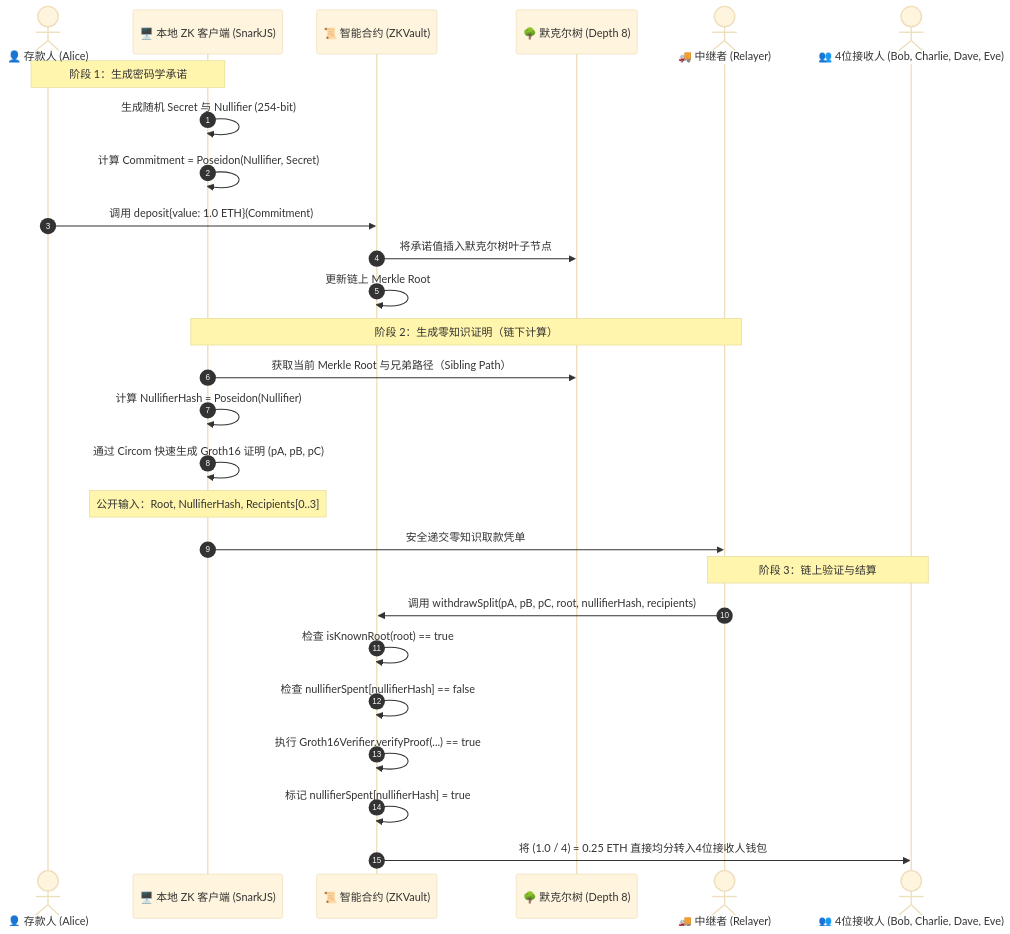
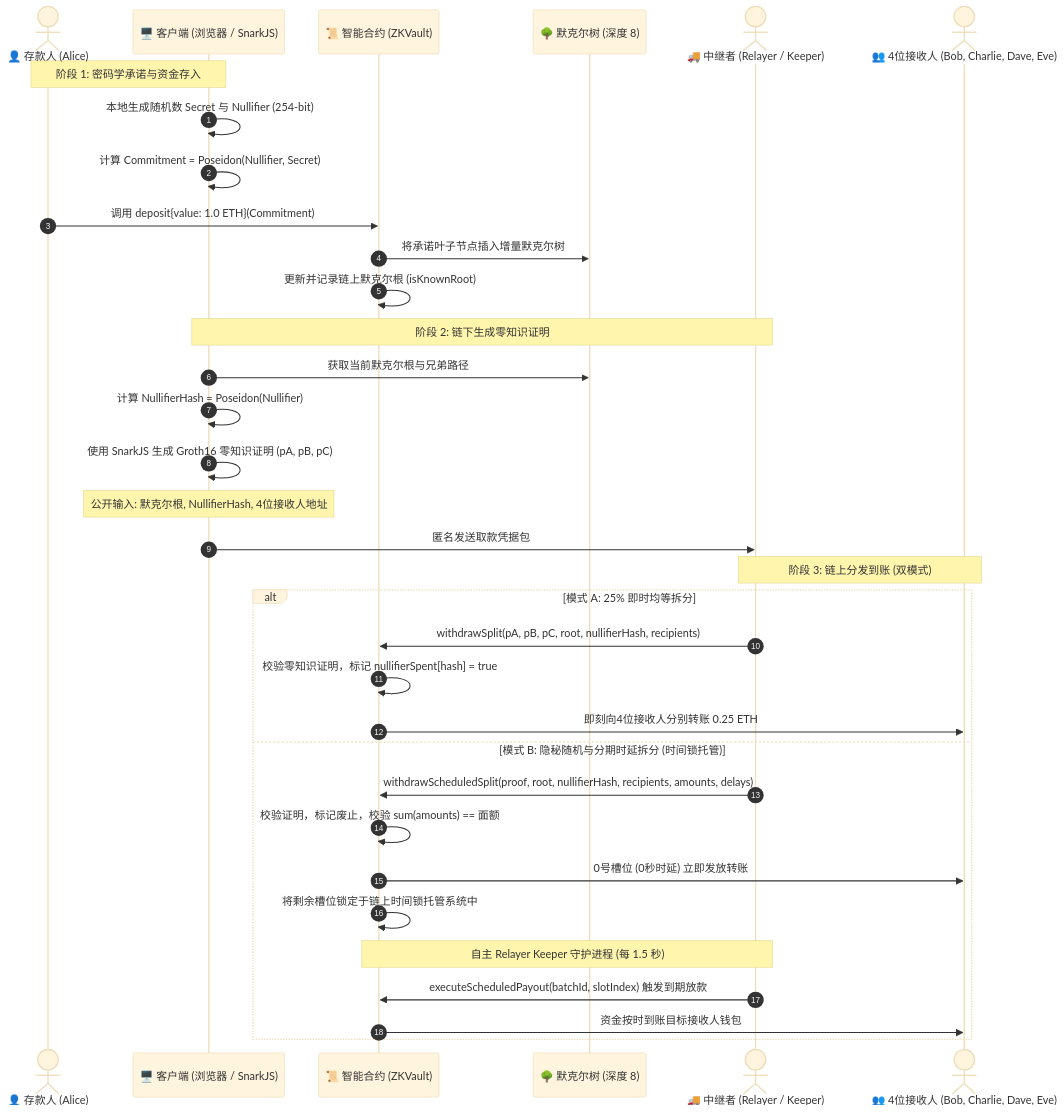
Before and after one commit to IlhamEl777/zk-vault-splitter: the diagram in docs/README_zh.md, drawn with Mermaid (base theme). The commit also changed other lines of this file and 16 other files, not shown here.

````diff
--- a/docs/README_zh.md
+++ b/docs/README_zh.md
@@ -79,32 +98,39 @@
 ```mermaid
 sequenceDiagram
     autonumber
     actor Alice as 👤 存款人 (Alice)
-    participant Client as 🖥️ 本地 ZK 客户端 (SnarkJS)
+    participant Client as 🖥️ 客户端 (浏览器 / SnarkJS)
     participant Vault as 📜 智能合约 (ZKVault)
-    participant Tree as 🌳 默克尔树 (Depth 8)
-    actor Relayer as 🚚 中继者 (Relayer)
+    participant Tree as 🌳 默克尔树 (深度 8)
+    actor Relayer as 🚚 中继者 (Relayer / Keeper)
     actor Recipients as 👥 4位接收人 (Bob, Charlie, Dave, Eve)
 
-    Note over Alice,Client: 阶段 1：生成密码学承诺
-    Client->>Client: 生成随机 Secret 与 Nullifier (254-bit)
+    Note over Alice,Client: 阶段 1: 密码学承诺与资金存入
+    Client->>Client: 本地生成随机数 Secret 与 Nullifier (254-bit)
     Client->>Client: 计算 Commitment = Poseidon(Nullifier, Secret)
     Alice->>Vault: 调用 deposit{value: 1.0 ETH}(Commitment)
-    Vault->>Tree: 将承诺值插入默克尔树叶子节点
-    Vault->>Vault: 更新链上 Merkle Root
+    Vault->>Tree: 将承诺叶子节点插入增量默克尔树
+    Vault->>Vault: 更新并记录链上默克尔根 (isKnownRoot)
 
-    Note over Client,Relayer: 阶段 2：生成零知识证明（链下计算）
-    Client->>Tree: 获取当前 Merkle Root 与兄弟路径（Sibling Path）
+    Note over Client,Relayer: 阶段 2: 链下生成零知识证明
+    Client->>Tree: 获取当前默克尔根与兄弟路径
     Client->>Client: 计算 NullifierHash = Poseidon(Nullifier)
-    Client->>Client: 通过 Circom 快速生成 Groth16 证明 (pA, pB, pC)
-    Note over Client: 公开输入：Root, NullifierHash, Recipients[0..3]
-    Client->>Relayer: 安全递交零知识取款凭单
+    Client->>Client: 使用 SnarkJS 生成 Groth16 零知识证明 (pA, pB, pC)
+    Note over Client: 公开输入: 默克尔根, NullifierHash, 4位接收人地址
+    Client->>Relayer: 匿名发送取款凭据包
 
-    Note over Relayer,Recipients: 阶段 3：链上验证与结算
-    Relayer->>Vault: 调用 withdrawSplit(pA, pB, pC, root, nullifierHash, recipients)
-    Vault->>Vault: 检查 isKnownRoot(root) == true
-    Vault->>Vault: 检查 nullifierSpent[nullifierHash] == false
-    Vault->>Vault: 执行 Groth16Verifier.verifyProof(...) == true
-    Vault->>Vault: 标记 nullifierSpent[nullifierHash] = true
-    Vault->>Recipients: 将 (1.0 / 4) = 0.25 ETH 直接均分转入4位接收人钱包
+    Note over Relayer,Recipients: 阶段 3: 链上分发到账 (双模式)
+    alt 模式 A: 25% 即时均等拆分
+        Relayer->>Vault: withdrawSplit(pA, pB, pC, root, nullifierHash, recipients)
+        Vault->>Vault: 校验零知识证明，标记 nullifierSpent[hash] = true
+        Vault->>Recipients: 即刻向4位接收人分别转账 0.25 ETH
+    else 模式 B: 隐秘随机与分期时延拆分 (时间锁托管)
+        Relayer->>Vault: withdrawScheduledSplit(proof, root, nullifierHash, recipients, amounts, delays)
+        Vault->>Vault: 校验证明，标记废止，校验 sum(amounts) == 面额
+        Vault->>Recipients: 0号槽位 (0秒时延) 立即发放转账
+        Vault->>Vault: 将剩余槽位锁定于链上时间锁托管系统中
+        Note over Relayer,Vault: 自主 Relayer Keeper 守护进程 (每 1.5 秒)
+        Relayer->>Vault: executeScheduledPayout(batchId, slotIndex) 触发到期放款
+        Vault->>Recipients: 资金按时到账目标接收人钱包
+    end
 ```
````
